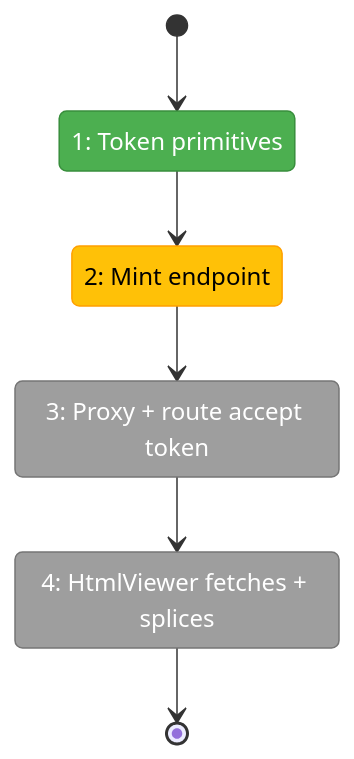
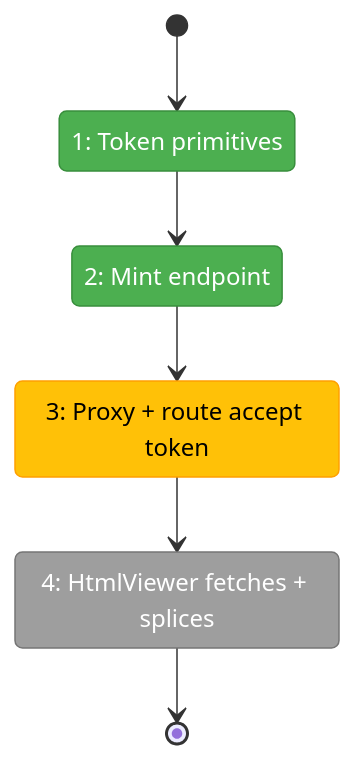
The first of 2 diagrams in docs/plans/084-random-enhancements-3/fixes/FX011-html-viewer-asset-token.fltplan.md (AI-Substrate/chainglass), drawn with Mermaid before and after one commit. The commit also changed other lines of this file and 5 other files, not shown here.

````diff
--- a/docs/plans/084-random-enhancements-3/fixes/FX011-html-viewer-asset-token.fltplan.md
+++ b/docs/plans/084-random-enhancements-3/fixes/FX011-html-viewer-asset-token.fltplan.md
@@ -31,22 +31,22 @@
 ```mermaid
 stateDiagram-v2
     classDef pending fill:#9E9E9E,stroke:#757575,color:#fff
     classDef active fill:#FFC107,stroke:#FFA000,color:#000
     classDef done fill:#4CAF50,stroke:#388E3C,color:#fff
     classDef blocked fill:#F44336,stroke:#D32F2F,color:#fff
 
     state "1: Token primitives" as S1
     state "2: Mint endpoint" as S2
     state "3: Proxy + route accept token" as S3
     state "4: HtmlViewer fetches + splices" as S4
 
     [*] --> S1
     S1 --> S2
     S2 --> S3
     S3 --> S4
     S4 --> [*]
 
-    class S1 done
-    class S2 active
-    class S3,S4 pending
+    class S1,S2 done
+    class S3 active
+    class S4 pending
 ```
````
